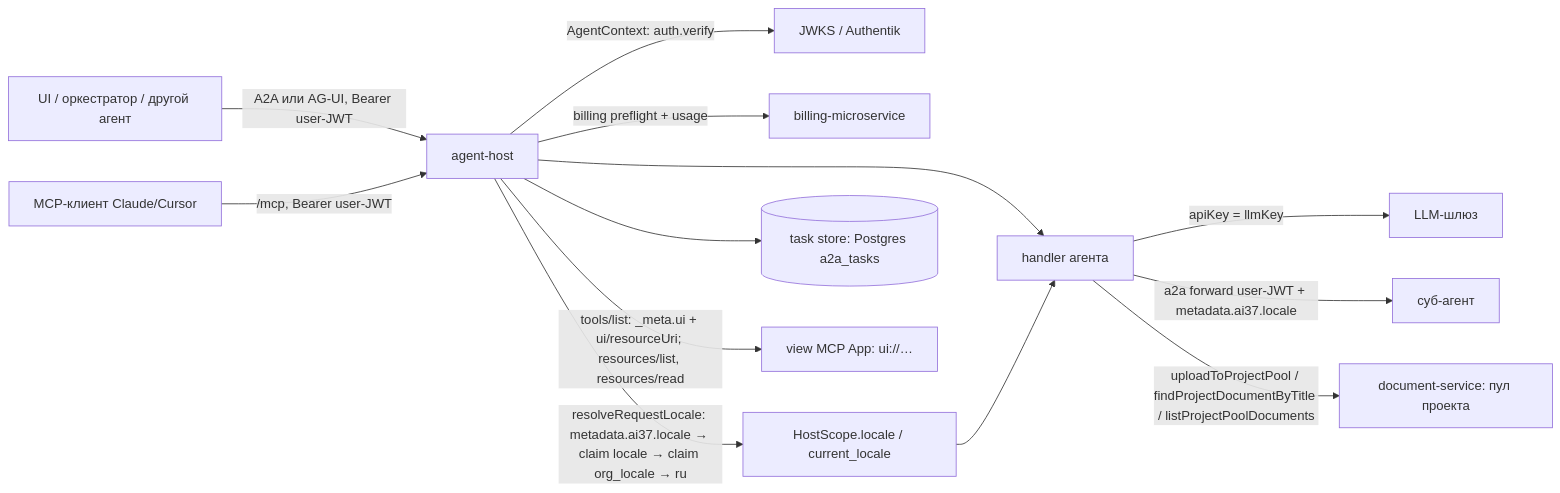
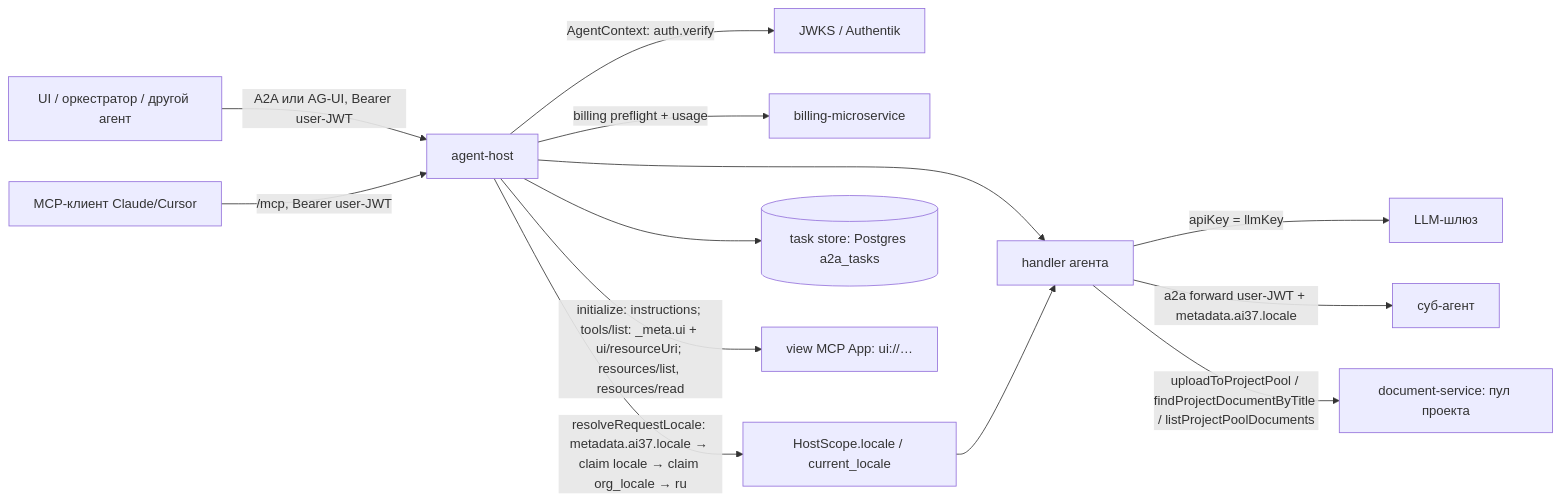
Before and after one commit to AI-37/ai37-agent-sdk: the first of 2 diagrams in README.md, drawn with Mermaid. The commit also changed other lines of this file, not shown here.

````diff
--- a/README.md
+++ b/README.md
@@ -33,15 +35,15 @@
 ```mermaid
 flowchart LR
   C[UI / оркестратор / другой агент] -->|A2A или AG-UI, Bearer user-JWT| H[agent-host]
   H -->|AgentContext: auth.verify| J[JWKS / Authentik]
   H -->|billing preflight + usage| B[billing-microservice]
   H -->|resolveRequestLocale: metadata.ai37.locale → claim locale → claim org_locale → ru| L1[HostScope.locale / current_locale]
   H --> A[handler агента]
   A -->|apiKey = llmKey| L[LLM-шлюз]
   L1 --> A
   A -->|a2a forward user-JWT + metadata.ai37.locale| S[суб-агент]
   H --> T[(task store: Postgres a2a_tasks)]
   A -->|uploadToProjectPool / findProjectDocumentByTitle / listProjectPoolDocuments| D[document-service: пул проекта]
   M[MCP-клиент Claude/Cursor] -->|/mcp, Bearer user-JWT| H
-  H -->|tools/list: _meta.ui + ui/resourceUri; resources/list, resources/read| V[view MCP App: ui://…]
+  H -->|initialize: instructions; tools/list: _meta.ui + ui/resourceUri; resources/list, resources/read| V[view MCP App: ui://…]
 ```
````
